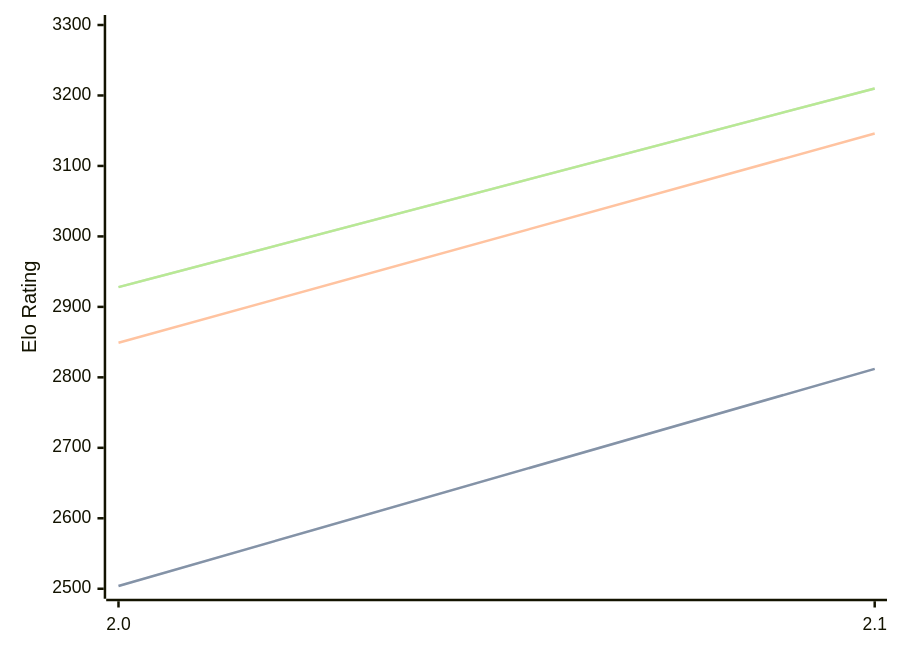
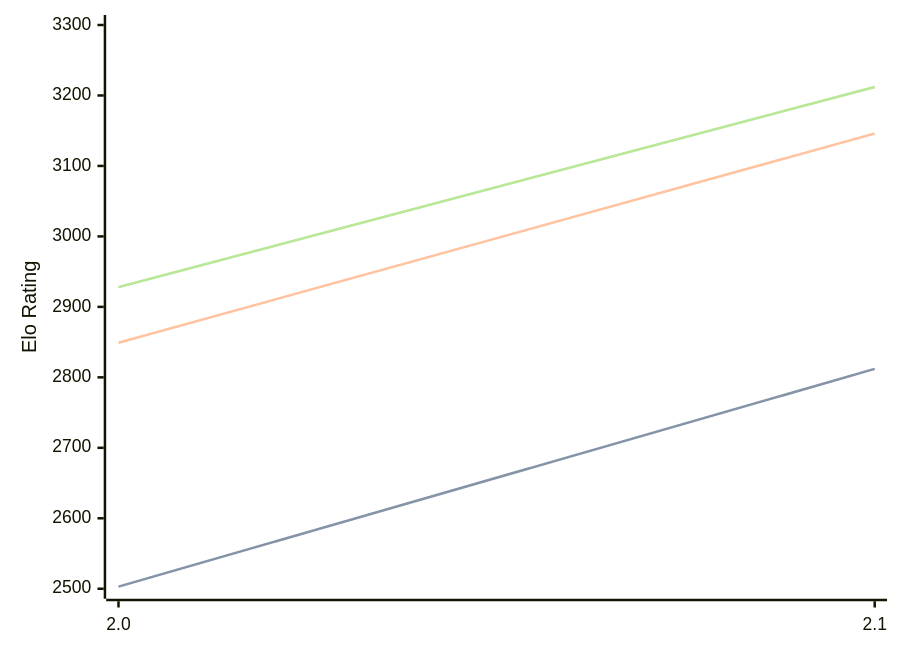
The diagram in engines/Tunguska.md (computer-chess-index/cci), drawn with Mermaid before and after one commit. The commit also changed other lines of this file, not shown here.

Commit message:
Update CCI Ratings (ELO VLTC) - 2026-09-04

````diff
--- a/engines/Tunguska.md
+++ b/engines/Tunguska.md
@@ -32,11 +32,11 @@
 ```mermaid
 %%{init: {"theme":"base","themeVariables":{"seriesColors:['#a3a3a3','#222221','#faa371']}}}%%
 xychart-beta
   x-axis ["2.0", "2.1"]
   y-axis "Elo Rating" 2500 --> 3300
-  line "" [2504, 2812]
-  line "STC (8.0+0.08s)" [2504, 2812]
+  line "" [2503, 2812]
+  line "STC (8.0+0.08s)" [2503, 2812]
   line "LTC (60.0+0.60s)" [2849, 3146]
-  line "" [2928, 3210]
-  line "VLTC (2m24s+1.12s)" [2928, 3210]
+  line "" [2928, 3212]
+  line "VLTC (2m24s+1.12s)" [2928, 3212]
 ```
````
